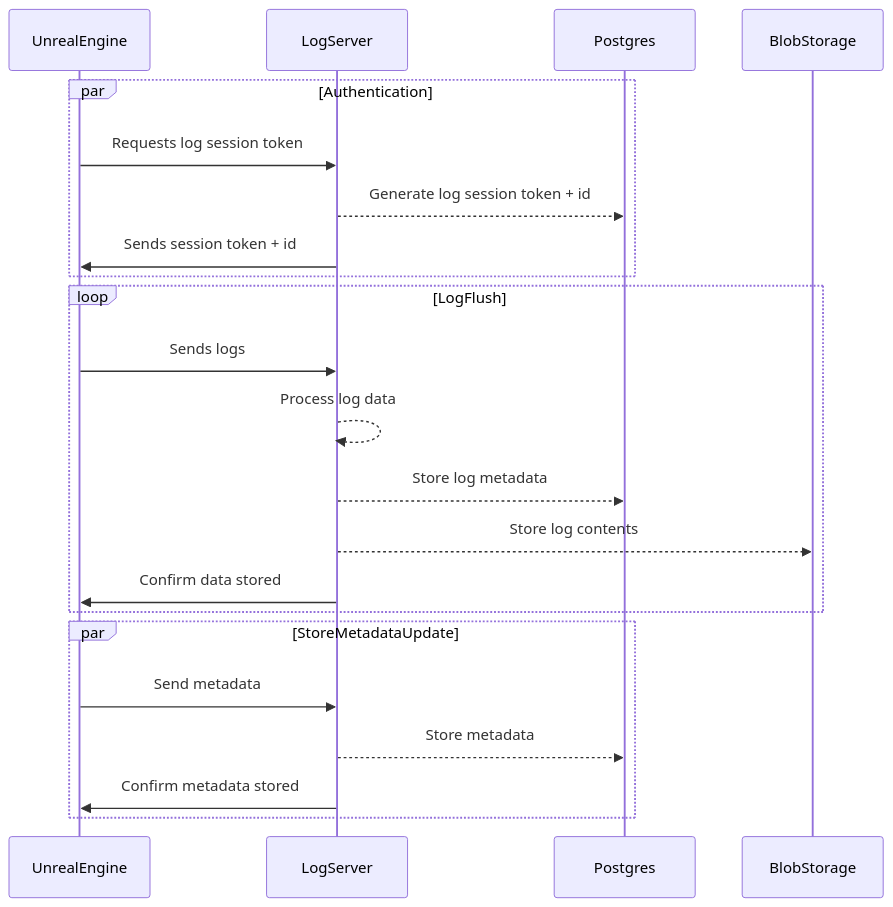
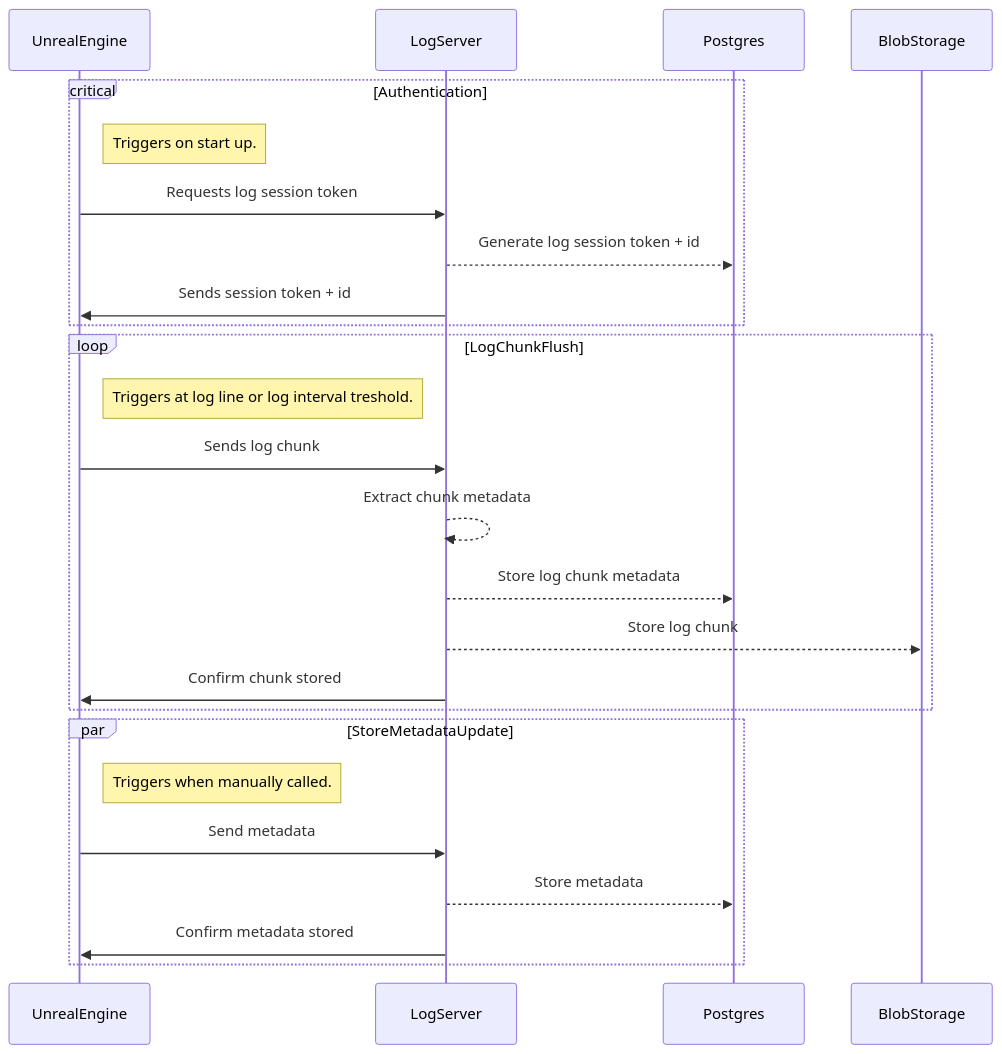
Before and after one commit to capsa-gg/capsa-documentation: the diagram in docs/technical/protocol.md, drawn with Mermaid. The commit also changed other lines of this file and 3 other files, not shown here.

````diff
--- a/docs/technical/protocol.md
+++ b/docs/technical/protocol.md
@@ -7,28 +7,31 @@
 ```mermaid
 sequenceDiagram
 
 participant UE as UnrealEngine
 participant LS as LogServer
 participant PSQL as Postgres
 participant BS as BlobStorage
 
-par Authentication
+critical Authentication
+Note right of UE: Triggers on start up.
 UE->>LS: Requests log session token
 LS-->>PSQL: Generate log session token + id
 LS->>UE: Sends session token + id
 end
 
-loop LogFlush
-UE->>LS: Sends logs
-LS-->>LS: Process log data
-LS-->>PSQL: Store log metadata
-LS-->>BS: Store log contents
-LS->>UE: Confirm data stored
+loop LogChunkFlush
+Note right of UE: Triggers at log line or log interval treshold.
+UE->>LS: Sends log chunk
+LS-->>LS: Extract chunk metadata
+LS-->>PSQL: Store log chunk metadata
+LS-->>BS: Store log chunk
+LS->>UE: Confirm chunk stored
 end
 
 par StoreMetadataUpdate
+Note right of UE: Triggers when manually called.
 UE->>LS: Send metadata
 LS-->>PSQL: Store metadata
 LS->>UE: Confirm metadata stored
 end
 ```
````
